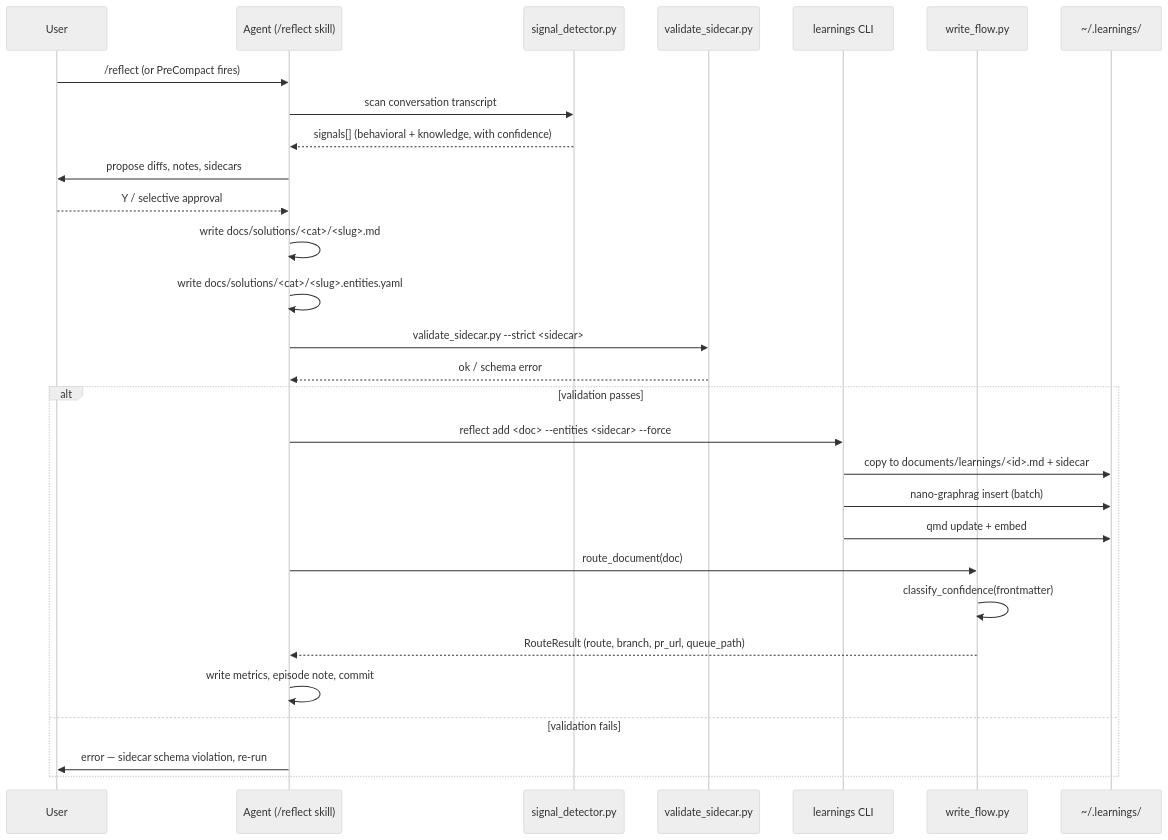
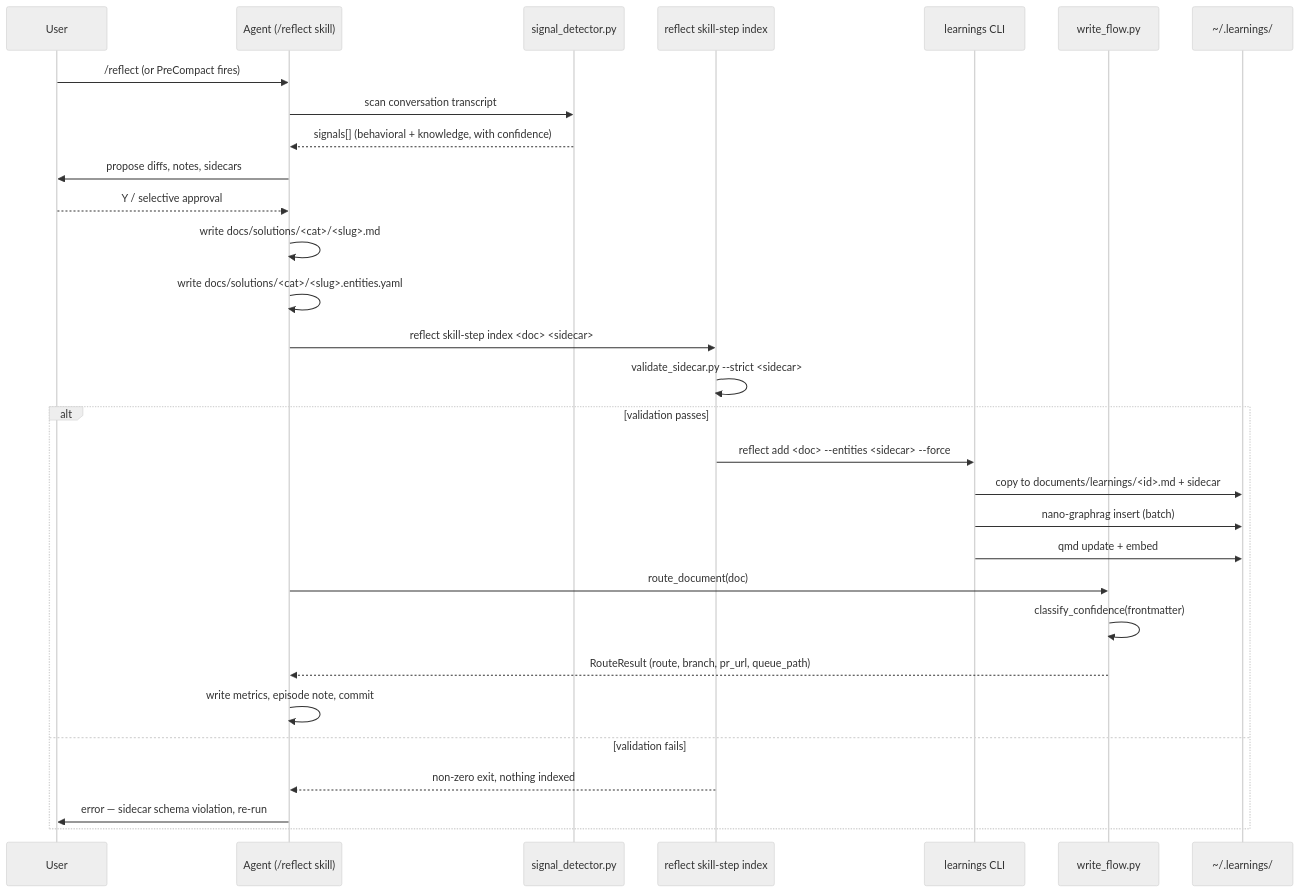
The second of 6 diagrams in plugin/docs/architecture.md (stevengonsalvez/ainb-reflect-memory), drawn with Mermaid (neutral theme) before and after one commit. The commit also changed other lines of this file and 4 other files, not shown here.

````diff
--- a/plugin/docs/architecture.md
+++ b/plugin/docs/architecture.md
@@ -307,32 +307,33 @@
 ```mermaid
 sequenceDiagram
     participant U as User
     participant A as Agent (/reflect skill)
     participant SD as signal_detector.py
-    participant V as validate_sidecar.py
+    participant RI as reflect skill-step index
     participant LC as learnings CLI
     participant WF as write_flow.py
     participant KB as ~/.learnings/
 
     U->>A: /reflect (or PreCompact fires)
     A->>SD: scan conversation transcript
     SD-->>A: signals[] (behavioral + knowledge, with confidence)
     A->>U: propose diffs, notes, sidecars
     U-->>A: Y / selective approval
     A->>A: write docs/solutions/<cat>/<slug>.md
     A->>A: write docs/solutions/<cat>/<slug>.entities.yaml
-    A->>V: validate_sidecar.py --strict <sidecar>
-    V-->>A: ok / schema error
+    A->>RI: reflect skill-step index <doc> <sidecar>
+    RI->>RI: validate_sidecar.py --strict <sidecar>
     alt validation passes
-        A->>LC: reflect add <doc> --entities <sidecar> --force
+        RI->>LC: reflect add <doc> --entities <sidecar> --force
         LC->>KB: copy to documents/learnings/<id>.md + sidecar
         LC->>KB: nano-graphrag insert (batch)
         LC->>KB: qmd update + embed
         A->>WF: route_document(doc)
         WF->>WF: classify_confidence(frontmatter)
         WF-->>A: RouteResult (route, branch, pr_url, queue_path)
         A->>A: write metrics, episode note, commit
     else validation fails
+        RI-->>A: non-zero exit, nothing indexed
         A->>U: error — sidecar schema violation, re-run
     end
 ```
````
